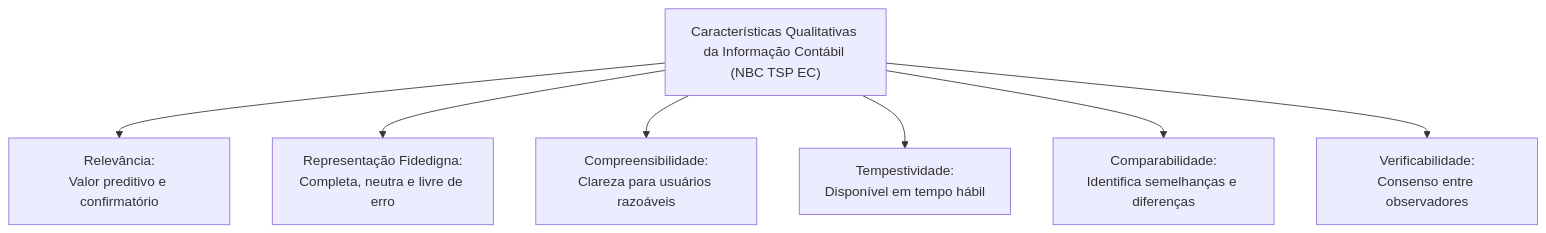
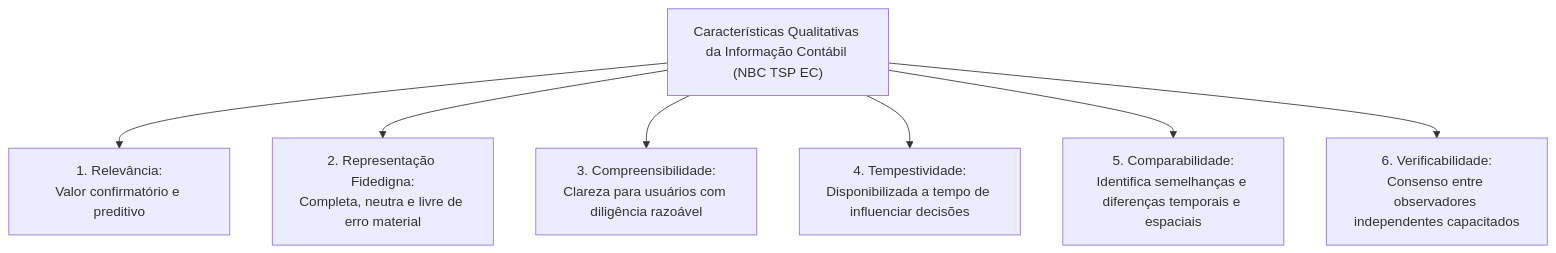
The second of 4 diagrams in fontes_de_estudo/conhecimentos_especificos_a01_tecnico_administrativo/20_contabilidade_aplicada_ao_setor_publico/01_nbc_tsp_estrutura_conceitual_e_normas_gerais.md (thiagosantos346/TCE-GO-2027), drawn with Mermaid before and after one commit. The commit also changed other lines of this file and 119 other files, not shown here.

````diff
--- a/fontes_de_estudo/conhecimentos_especificos_a01_tecnico_administrativo/20_contabilidade_aplicada_ao_setor_publico/01_nbc_tsp_estrutura_conceitual_e_normas_gerais.md
+++ b/fontes_de_estudo/conhecimentos_especificos_a01_tecnico_administrativo/20_contabilidade_aplicada_ao_setor_publico/01_nbc_tsp_estrutura_conceitual_e_normas_gerais.md
@@ -104,10 +92,10 @@
 ```mermaid
 flowchart TD
     CQ["Características Qualitativas da Informação Contábil (NBC TSP EC)"]
-    CQ --> Rel["Relevância:<br/>Valor preditivo e confirmatório"]
-    CQ --> Rep["Representação Fidedigna:<br/>Completa, neutra e livre de erro"]
-    CQ --> Comp["Compreensibilidade:<br/>Clareza para usuários razoáveis"]
-    CQ --> Temp["Tempestividade:<br/>Disponível em tempo hábil"]
-    CQ --> Compar["Comparabilidade:<br/>Identifica semelhanças e diferenças"]
-    CQ --> Verif["Verificabilidade:<br/>Consenso entre observadores"]
+    CQ --> Rel["1. Relevância:<br/>Valor confirmatório e preditivo"]
+    CQ --> Rep["2. Representação Fidedigna:<br/>Completa, neutra e livre de erro material"]
+    CQ --> Comp["3. Compreensibilidade:<br/>Clareza para usuários com diligência razoável"]
+    CQ --> Temp["4. Tempestividade:<br/>Disponibilizada a tempo de influenciar decisões"]
+    CQ --> Compar["5. Comparabilidade:<br/>Identifica semelhanças e diferenças temporais e espaciais"]
+    CQ --> Verif["6. Verificabilidade:<br/>Consenso entre observadores independentes capacitados"]
 ```
````
